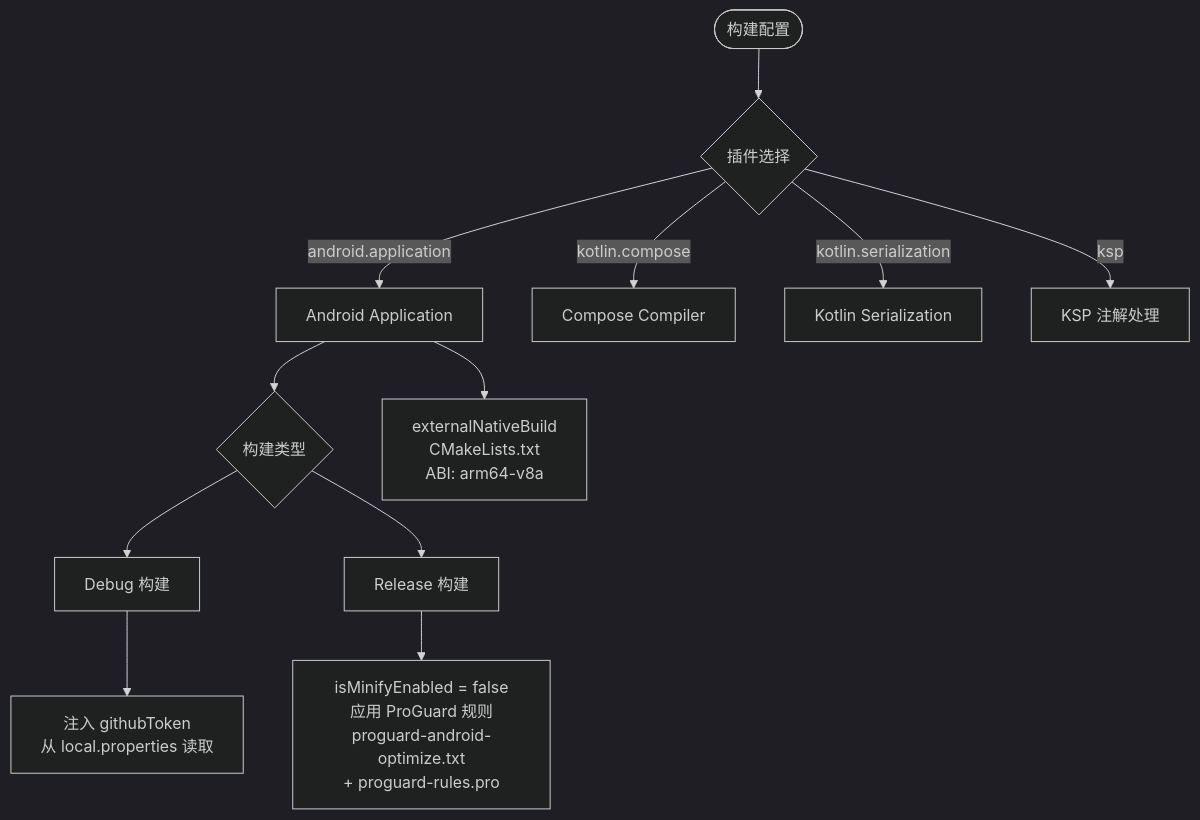
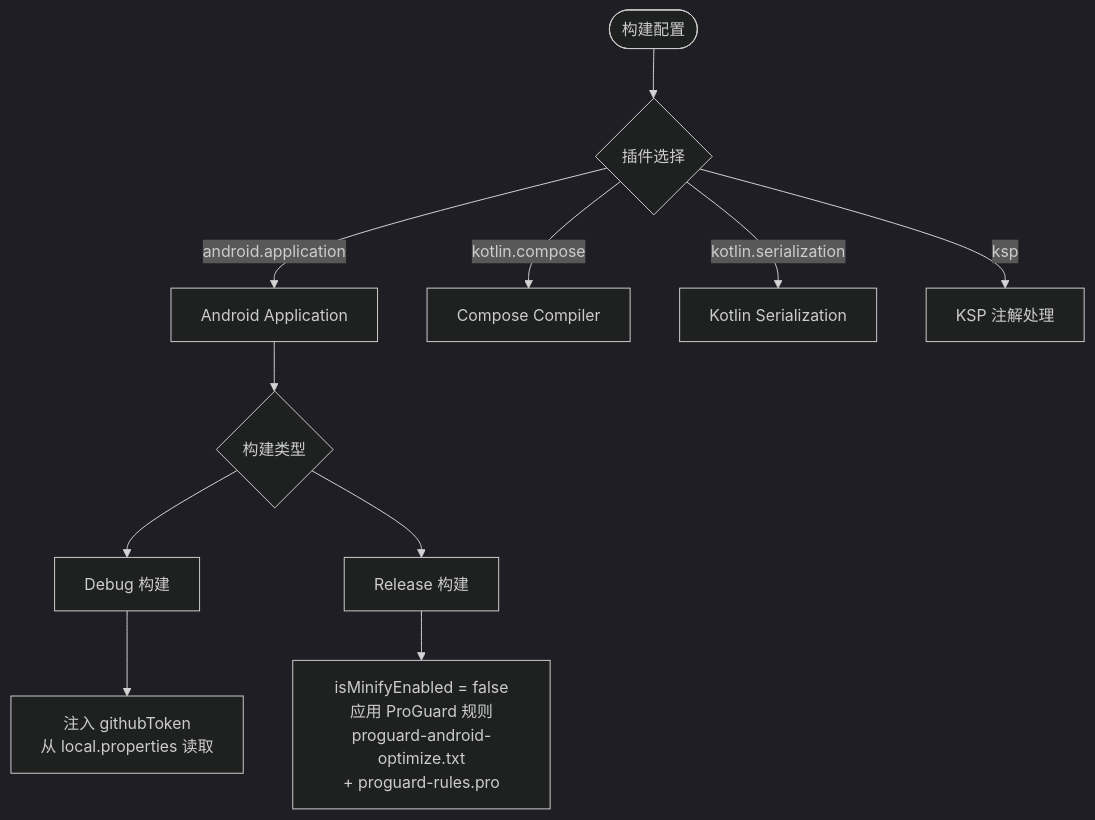
One commit to ZG0704666/Aries-AI changed the third of 3 diagrams in Aries-site/docs/开发规范与工具/构建脚本与工具链.md. Above: the diagram before and after it, drawn with Mermaid (dark theme). The commit also changed other lines of this file and 82 other files, not shown here.

````diff
--- a/Aries-site/docs/开发规范与工具/构建脚本与工具链.md
+++ b/Aries-site/docs/开发规范与工具/构建脚本与工具链.md
@@ -267,17 +254,15 @@
 ```mermaid
 flowchart TD
     Start([构建配置]) --> Plugins{插件选择}
     Plugins -->|android.application| APP[Android Application]
     Plugins -->|kotlin.compose| COMPOSE[Compose Compiler]
     Plugins -->|kotlin.serialization| SERIAL[Kotlin Serialization]
     Plugins -->|ksp| KSP[KSP 注解处理]
 
     APP --> BuildTypes{构建类型}
     BuildTypes --> Debug[Debug 构建]
     BuildTypes --> Release[Release 构建]
 
     Debug --> DebugConfig["注入 githubToken<br/>从 local.properties 读取"]
     Release --> ReleaseConfig["isMinifyEnabled = false<br/>应用 ProGuard 规则<br/>proguard-android-optimize.txt<br/>+ proguard-rules.pro"]
-
-    APP --> NativeBuild["externalNativeBuild<br/>CMakeLists.txt<br/>ABI: arm64-v8a"]
 ```
````
